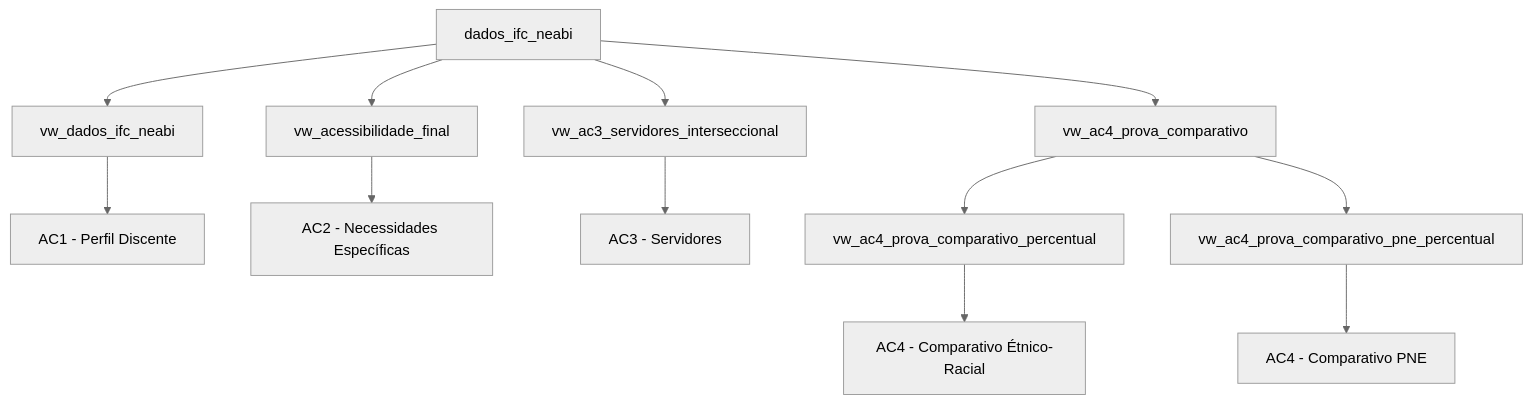
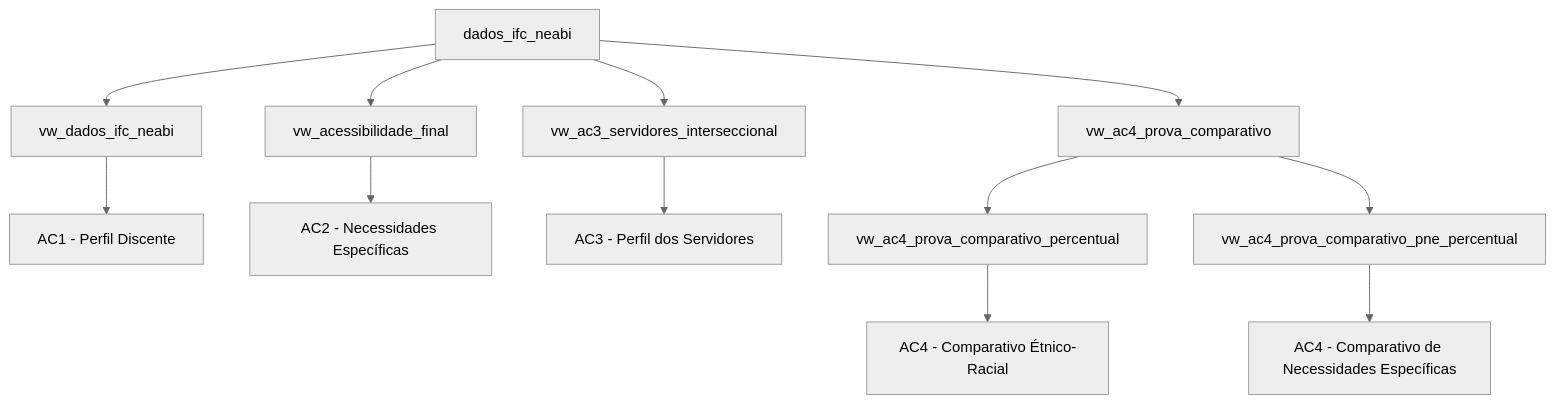
One commit to AubioFerreira/analise-interseccional-ifc changed the diagram in README.md. Above: the diagram before and after it, drawn with Mermaid (neutral theme). The commit also changed other lines of this file, not shown here.

````diff
--- a/README.md
+++ b/README.md
@@ -334,20 +403,23 @@
 ```mermaid
 graph TD
 
 A["dados_ifc_neabi"]
 
 A --> B["vw_dados_ifc_neabi"]
 A --> C["vw_acessibilidade_final"]
 A --> D["vw_ac3_servidores_interseccional"]
 A --> E["vw_ac4_prova_comparativo"]
 
 B --> F["AC1 - Perfil Discente"]
+
 C --> G["AC2 - Necessidades Específicas"]
-D --> H["AC3 - Servidores"]
+
+D --> H["AC3 - Perfil dos Servidores"]
 
 E --> I["vw_ac4_prova_comparativo_percentual"]
 E --> J["vw_ac4_prova_comparativo_pne_percentual"]
 
 I --> K["AC4 - Comparativo Étnico-Racial"]
-J --> L["AC4 - Comparativo PNE"]
+
+J --> L["AC4 - Comparativo de Necessidades Específicas"]
 ```
````
